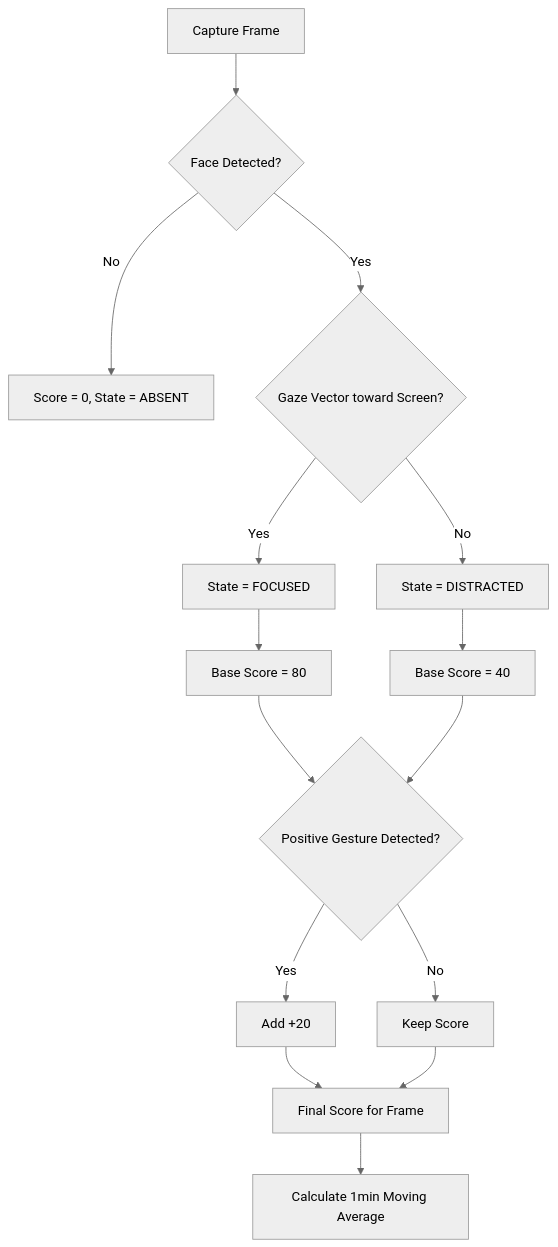
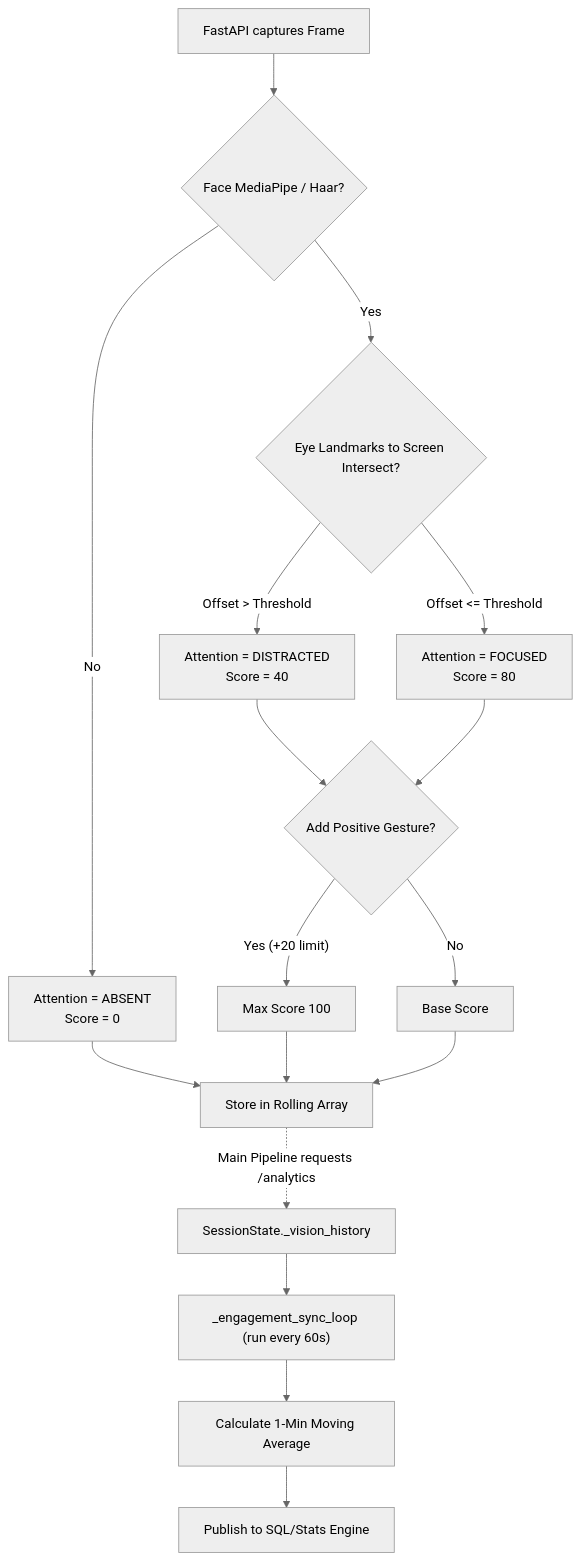
Before and after one commit to deepanmpc/LaRa: the tenth of 10 diagrams in ARCHITECTURE.md, drawn with Mermaid (neutral theme). The commit also changed other lines of this file, not shown here.

Commit message:
docs: update architecture diagrams to reflect detailed data-flow, memory hierarchy, and system configuration

````diff
--- a/ARCHITECTURE.md
+++ b/ARCHITECTURE.md
@@ -180,22 +244,25 @@
 ```mermaid
 flowchart TD
-    Start[Capture Frame] --> Face{"Face Detected?"}
-    Face -->|No| Sub["Score = 0, State = ABSENT"]
-    Face -->|Yes| Gaze{"Gaze Vector toward Screen?"}
+    API["FastAPI captures Frame"] --> Haar{"Face MediaPipe / Haar?"}
     
-    Gaze -->|Yes| Foc[State = FOCUSED]
-    Gaze -->|No| Dist[State = DISTRACTED]
+    Haar -->|"No"| NullState["Attention = ABSENT\nScore = 0"]
+    Haar -->|"Yes"| Gaze{"Eye Landmarks to Screen Intersect?"}
     
-    Foc --> Base80["Base Score = 80"]
-    Dist --> Base40["Base Score = 40"]
+    Gaze -->|"Offset > Threshold"| Dist["Attention = DISTRACTED\nScore = 40"]
+    Gaze -->|"Offset <= Threshold"| Foc["Attention = FOCUSED\nScore = 80"]
     
-    Base80 --> Gesture{"Positive Gesture Detected?"}
-    Base40 --> Gesture
+    NullState --> Emit["Store in Rolling Array"]
+    Dist --> Gest{"Add Positive Gesture?"}
+    Foc --> Gest
     
-    Gesture -->|Yes| Add["Add +20"]
-    Gesture -->|No| Keep["Keep Score"]
+    Gest --> |"Yes (+20 limit)"| ModScore["Max Score 100"]
+    Gest --> |"No"| BaseScore["Base Score"]
     
-    Add --> Final[Final Score for Frame]
-    Keep --> Final
-    Final --> Avg[Calculate 1min Moving Average]
+    ModScore --> Emit
+    BaseScore --> Emit
+    
+    Emit -.-> |"Main Pipeline requests /analytics"| MainBuf["SessionState._vision_history"]
+    MainBuf --> Time["_engagement_sync_loop (run every 60s)"]
+    Time --> Calc["Calculate 1-Min Moving Average"]
+    Calc --> DBPub["Publish to SQL/Stats Engine"]
 ```
````
